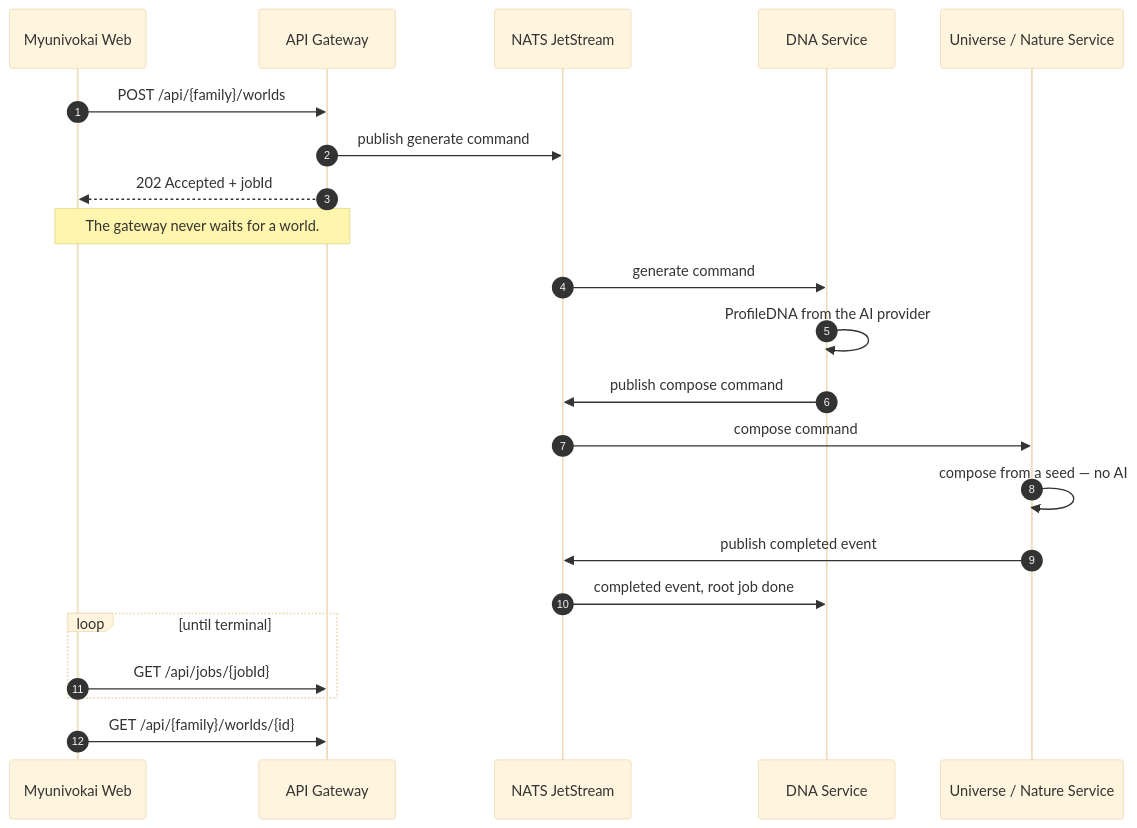
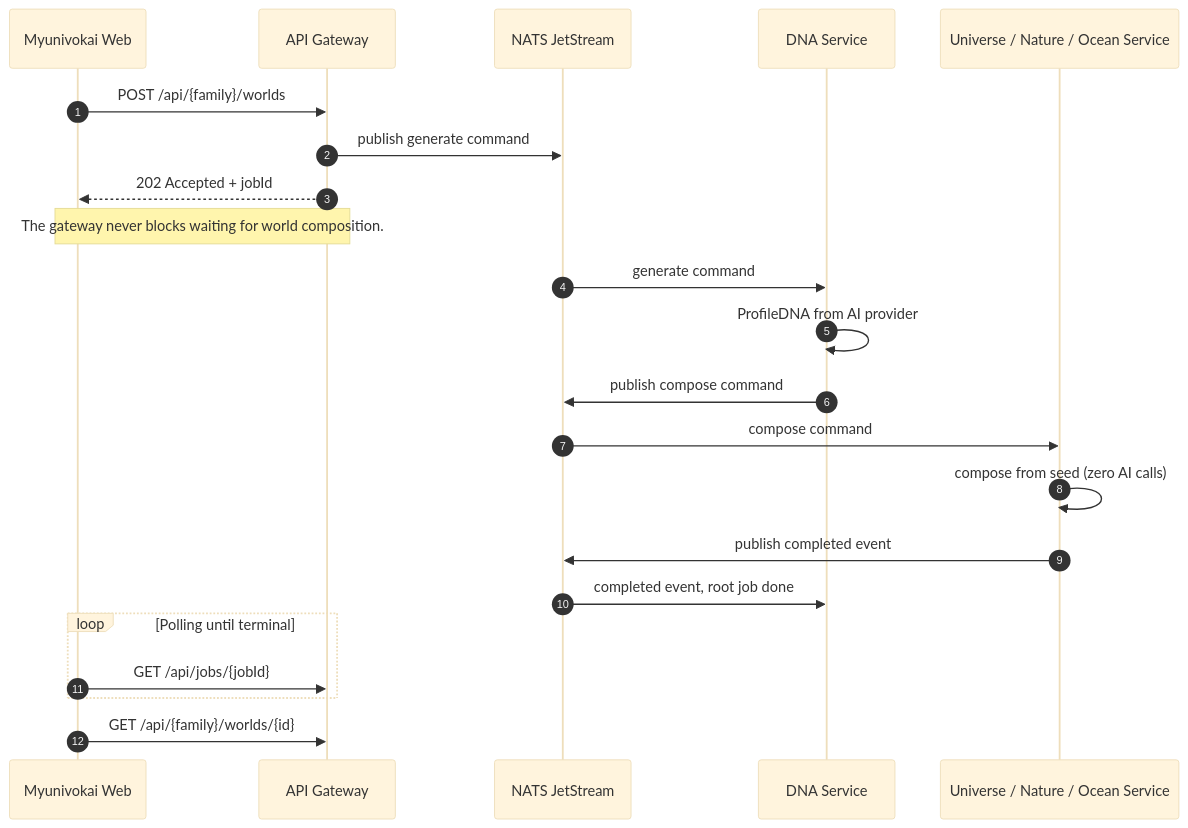
Before and after one commit to TuanTran0168/myunivokai: the second of 2 diagrams in README.md, drawn with Mermaid (base theme). The commit also changed other lines of this file, not shown here.

Commit message:
[UPDATE][DOCS][feat/repo/ocean-service]: Reformat architecture flowchart and convert Mermaid ERDs to strict ASCII art

````diff
--- a/README.md
+++ b/README.md
@@ -121,25 +360,25 @@
 ```mermaid
 sequenceDiagram
   autonumber
   participant Web as Myunivokai Web
   participant Gateway as API Gateway
   participant NATS as NATS JetStream
   participant DNA as DNA Service
-  participant Family as Universe / Nature Service
+  participant Family as Universe / Nature / Ocean Service
 
   Web->>Gateway: POST /api/{family}/worlds
   Gateway->>NATS: publish generate command
   Gateway-->>Web: 202 Accepted + jobId
-  Note over Gateway,Web: The gateway never waits for a world.
+  Note over Gateway,Web: The gateway never blocks waiting for world composition.
   NATS->>DNA: generate command
-  DNA->>DNA: ProfileDNA from the AI provider
+  DNA->>DNA: ProfileDNA from AI provider
   DNA->>NATS: publish compose command
   NATS->>Family: compose command
-  Family->>Family: compose from a seed — no AI
+  Family->>Family: compose from seed (zero AI calls)
   Family->>NATS: publish completed event
   NATS->>DNA: completed event, root job done
-  loop until terminal
+  loop Polling until terminal
     Web->>Gateway: GET /api/jobs/{jobId}
   end
   Web->>Gateway: GET /api/{family}/worlds/{id}
 ```
````
